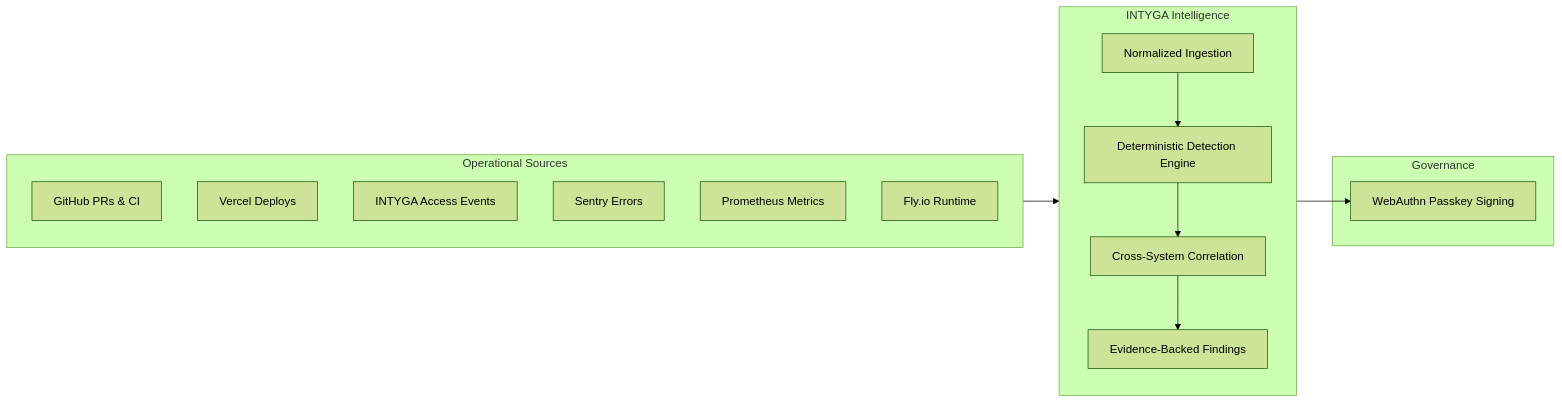
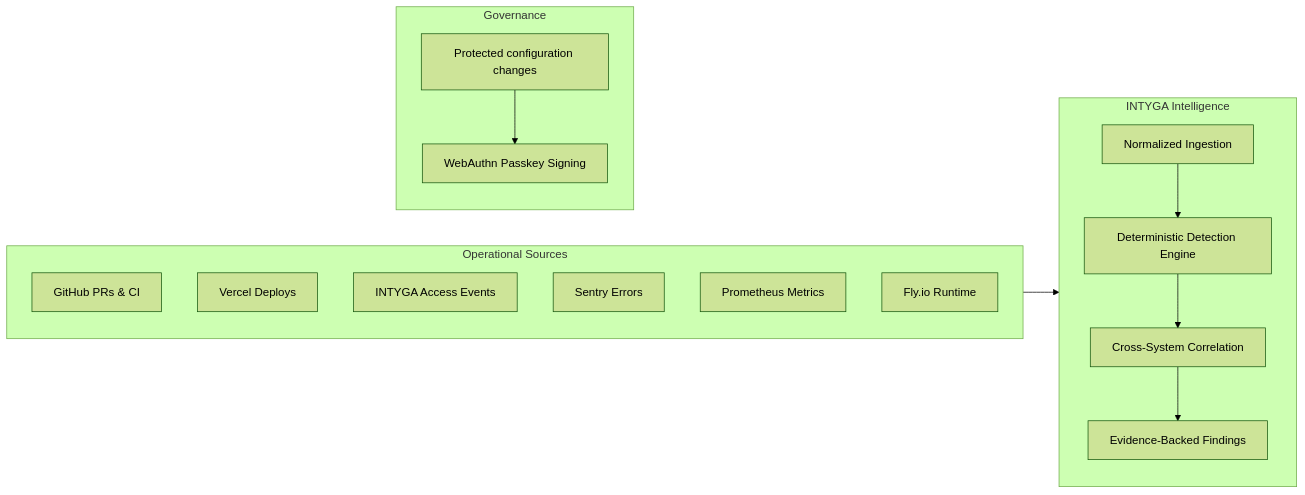
The diagram in README.md (intyga-dev/intelligence), drawn with Mermaid (forest theme) before and after one commit. The commit also changed other lines of this file and 21 other files, not shown here.

````diff
--- a/README.md
+++ b/README.md
@@ -50,25 +50,25 @@
 ```mermaid
 flowchart LR
     subgraph Sources [Operational Sources]
         direction TB
         G[GitHub PRs & CI]
         V[Vercel Deploys]
         I[INTYGA Access Events]
         S[Sentry Errors]
         P[Prometheus Metrics]
         F[Fly.io Runtime]
     end
 
     subgraph Intelligence [INTYGA Intelligence]
         direction TB
         Ingest[Normalized Ingestion] --> Detect[Deterministic Detection Engine]
         Detect --> Correlate[Cross-System Correlation]
         Correlate --> Findings[Evidence-Backed Findings]
     end
 
     subgraph Governance [Governance]
-        Findings --> Approval[WebAuthn Passkey Signing]
+        Changes[Protected configuration changes] --> Approval[WebAuthn Passkey Signing]
     end
 
     Sources --> Ingest
 ```
````
